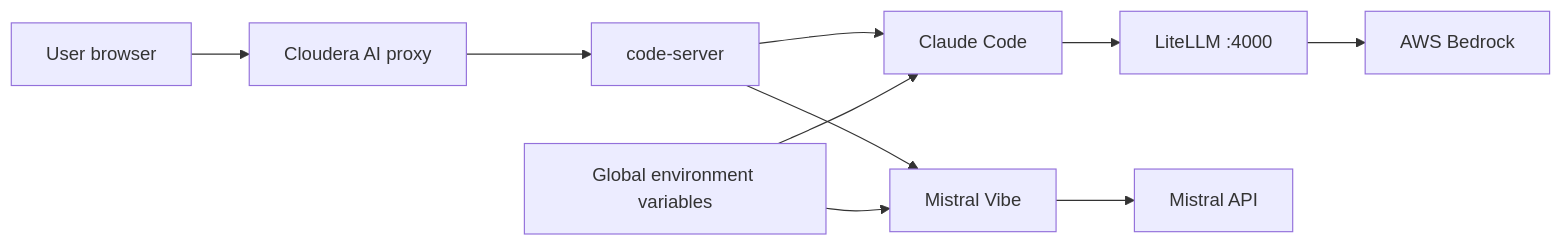
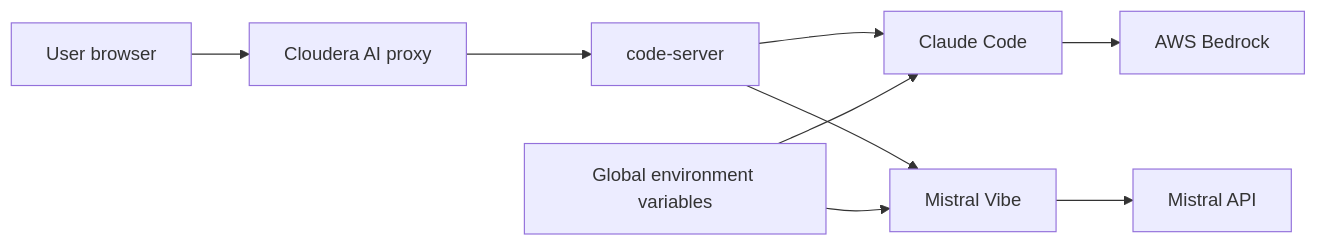
One commit to kevinbtalbert/AWS-ReInvent-Bedrock-Claude-and-Mistral-Vibe changed the diagram in README.md. Above: the diagram before and after it, drawn with Mermaid. The commit also changed other lines of this file and 7 other files, not shown here.

````diff
--- a/README.md
+++ b/README.md
@@ -117,22 +115,20 @@
 ```mermaid
 flowchart LR
   User[User browser]
   WB[Cloudera AI proxy]
   CS[code-server]
   Claude[Claude Code]
   Vibe[Mistral Vibe]
-  LLM[LiteLLM :4000]
   BR[AWS Bedrock]
   MI[Mistral API]
   Env[Global environment variables]
 
   User --> WB
   WB --> CS
   CS --> Claude
   CS --> Vibe
-  Claude --> LLM
-  LLM --> BR
+  Claude --> BR
   Vibe --> MI
   Env --> Claude
   Env --> Vibe
 ```
````
